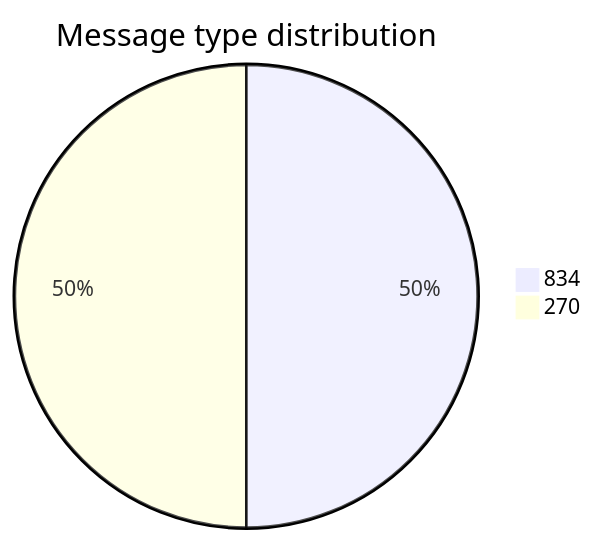
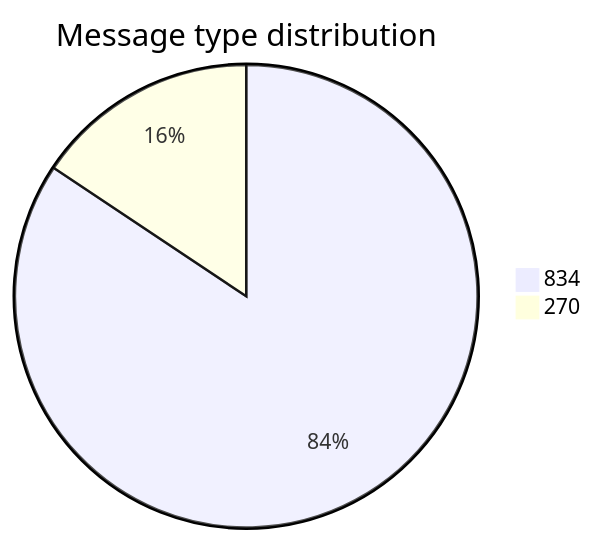
Before and after one commit to dhagan-va/intern-2025: the first of 10 diagrams in test-tools/DataGen/src/Statistics_Visualizer.md, drawn with Mermaid. The commit also changed other lines of this file and 2 other files, not shown here.

````diff
--- a/test-tools/DataGen/src/Statistics_Visualizer.md
+++ b/test-tools/DataGen/src/Statistics_Visualizer.md
@@ -18,5 +18,5 @@
 ```mermaid
 pie title Message type distribution
-    "834" : 5
-    "270" : 5
+    "834" : 45428
+    "270" : 8420
 ```
````
